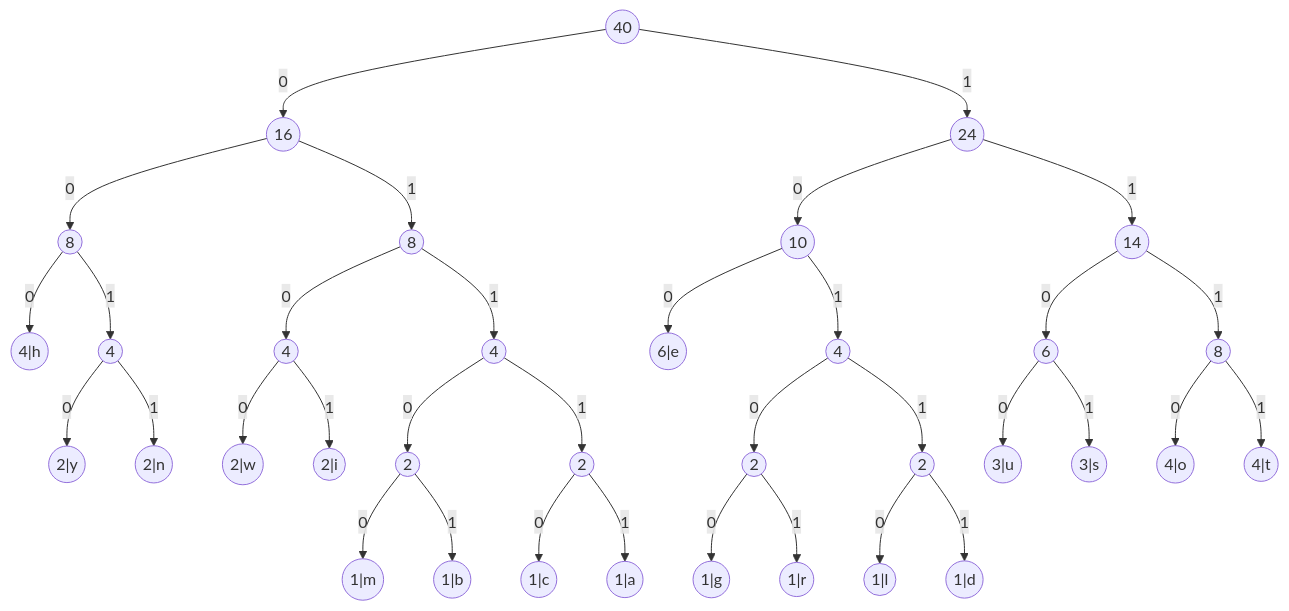
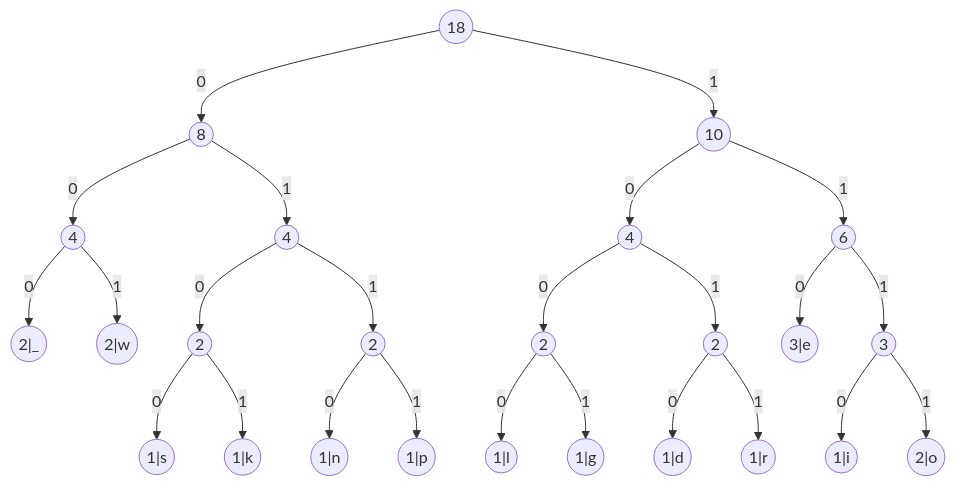
The diagram in matura-z-informatyki/przygotowanie/algorithmic/simulations/huffman-coding/solution-1.md (blackbat13/cs-htiew-gitbook), drawn with Mermaid before and after one commit. The commit also changed other lines of this file and 3 other files, not shown here.

````diff
--- a/matura-z-informatyki/przygotowanie/algorithmic/simulations/huffman-coding/solution-1.md
+++ b/matura-z-informatyki/przygotowanie/algorithmic/simulations/huffman-coding/solution-1.md
@@ -5,37 +5,27 @@
 ```mermaid
 flowchart TD
-    root((40)) --0--> l((16))
-    root --1--> r((24))
-    l --0--> l1((8))
-    l --1--> r1((8))
-    r --0--> l2((10))
-    r --1--> r2((14))
-    l1 --0--> l11(("4|h"))
-    l1 --1--> r11((4))
-    r1 --0--> l12((4))
-    r1 --1--> r12((4))
-    l2 --0--> l21(("6|e"))
-    l2 --1--> r21((4))
-    r2 --0--> l22((6))
-    r2 --1--> r22((8))
-    r11 --0--> l111(("2|y"))
-    r11 --1--> r111(("2|n"))
-    l12 --0--> l121(("2|w"))
-    l12 --1--> r121(("2|i"))
-    r12 --0--> l122((2))
-    r12 --1--> r122((2))
-    r21 --0--> l212((2))
-    r21 --1--> r212((2))
-    l22 --0--> l221(("3|u"))
-    l22 --1--> r221(("3|s"))
-    r22 --0--> l222(("4|o"))
-    r22 --1--> r222(("4|t"))
-    l122 --0--> l1221(("1|m"))
-    l122 --1--> r1221(("1|b"))
-    r122 --0--> l1222(("1|c"))
-    r122 --1--> r1222(("1|a"))
-    l212 --0--> l2121(("1|g"))
-    l212 --1--> r2121(("1|r"))
-    r212 --0--> l2122(("1|l"))
-    r212 --1--> r2122(("1|d"))
+	n25((18)) --0--> n23((8))
+	n25((18)) --1--> n24((10))
+	n24((10)) --0--> n21((4))
+	n24((10)) --1--> n22((6))
+	n22((6)) --0--> n2(("3|e"))
+	n22((6)) --1--> n18((3))
+	n18((3)) --0--> n10(("1|i"))
+	n18((3)) --1--> n9(("2|o"))
+	n21((4)) --0--> n16((2))
+	n21((4)) --1--> n17((2))
+	n17((2)) --0--> n7(("1|d"))
+	n17((2)) --1--> n8(("1|r"))
+	n16((2)) --0--> n5(("1|l"))
+	n16((2)) --1--> n6(("1|g"))
+	n23((8)) --0--> n19((4))
+	n23((8)) --1--> n20((4))
+	n20((4)) --0--> n14((2))
+	n20((4)) --1--> n15((2))
+	n15((2)) --0--> n3(("1|n"))
+	n15((2)) --1--> n4(("1|p"))
+	n14((2)) --0--> n0(("1|s"))
+	n14((2)) --1--> n1(("1|k"))
+	n19((4)) --0--> n11(("2|_"))
+	n19((4)) --1--> n12(("2|w"))
 ```
````
